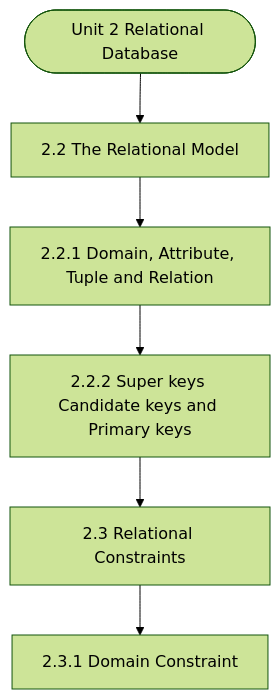
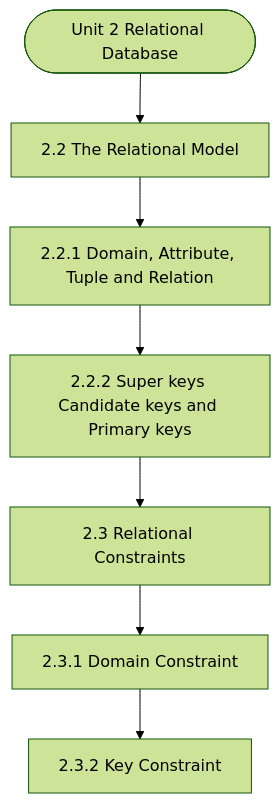
One commit to Asutosh-Coaching/mscdsa changed the diagram in notes/Semester_1/MCS-207_Database_Management_Systems/unit_02_Relational_Database.md. Above: the diagram before and after it, drawn with Mermaid (forest theme). The commit also changed other lines of this file and 116 other files, not shown here.

````diff
--- a/notes/Semester_1/MCS-207_Database_Management_Systems/unit_02_Relational_Database.md
+++ b/notes/Semester_1/MCS-207_Database_Management_Systems/unit_02_Relational_Database.md
@@ -19,14 +19,16 @@
 ```mermaid
 flowchart TD
   Start(["Unit 2 Relational Database"])
   N1["2.2 The Relational Model"]
   N2["2.2.1 Domain, Attribute, Tuple and Relation"]
   N3["2.2.2 Super keys Candidate keys and Primary keys"]
   N4["2.3 Relational Constraints"]
   N5["2.3.1 Domain Constraint"]
+  N6["2.3.2 Key Constraint"]
   Start --> N1
   N1 --> N2
   N2 --> N3
   N3 --> N4
   N4 --> N5
+  N5 --> N6
 ```
````
